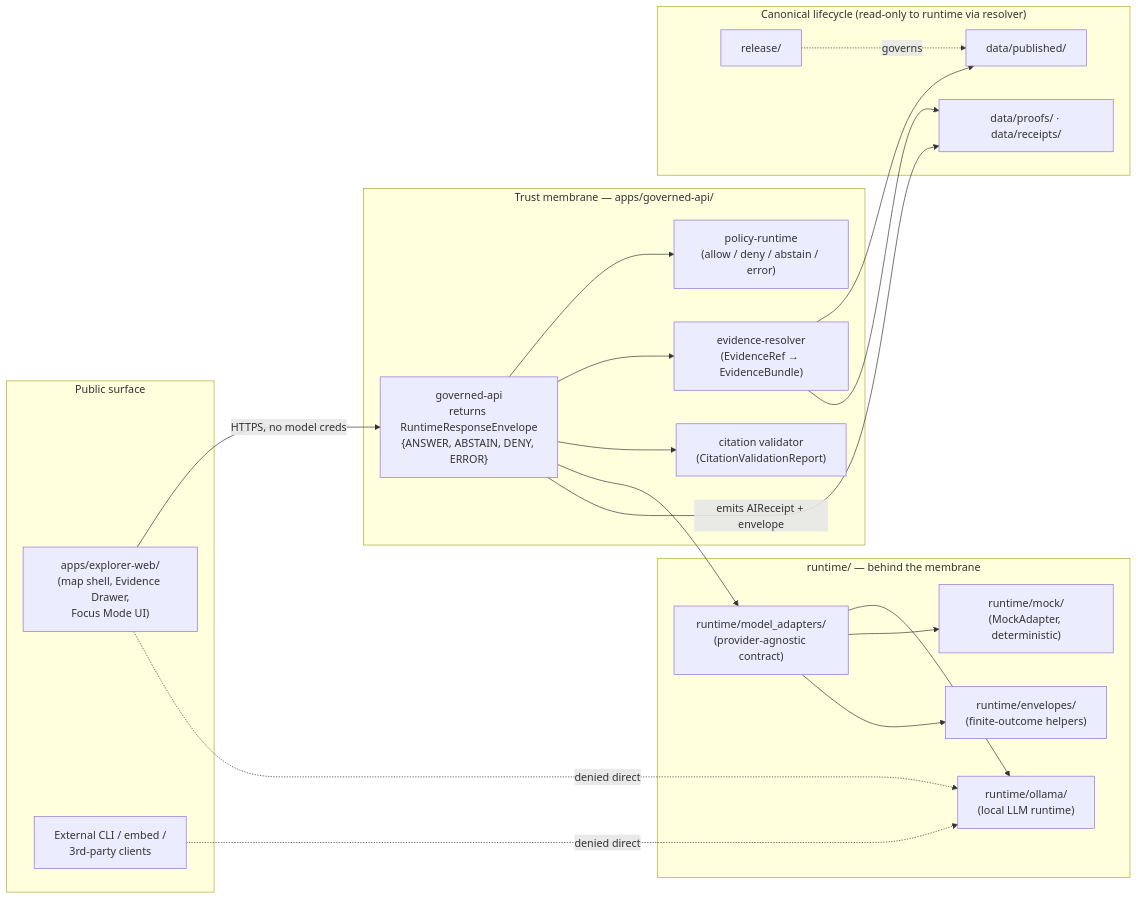
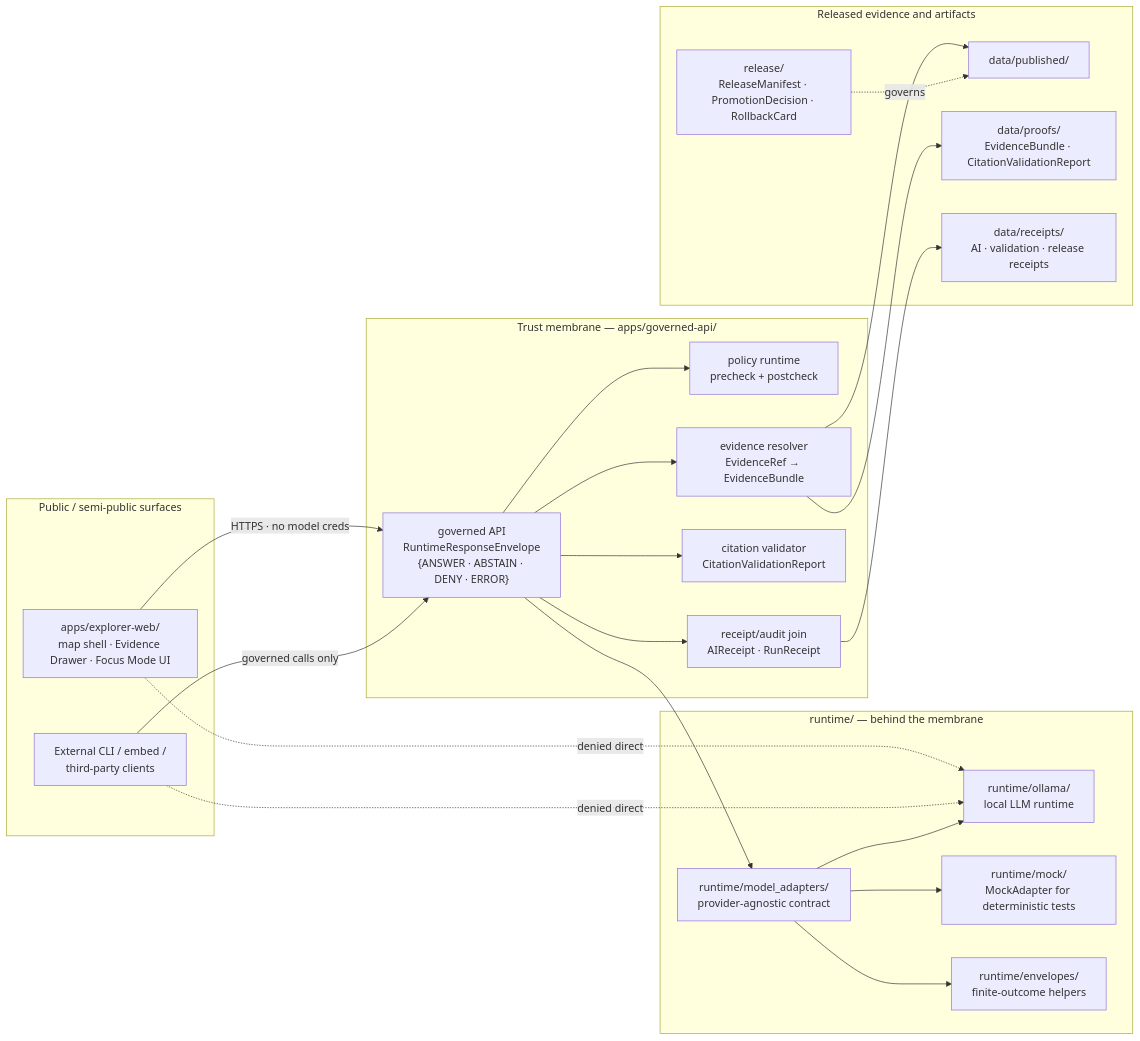
The diagram in docs/adr/ADR-0008-ollama-subordinate-to-governed-api.md (bartytime4life/Kansas-Frontier-Matrix), drawn with Mermaid before and after one commit. The commit also changed other lines of this file, not shown here.

````diff
--- a/docs/adr/ADR-0008-ollama-subordinate-to-governed-api.md
+++ b/docs/adr/ADR-0008-ollama-subordinate-to-governed-api.md
@@ -126,42 +175,49 @@
 ```mermaid
 flowchart LR
-    subgraph PUBLIC["Public surface"]
-      EW["apps/explorer-web/<br/>(map shell, Evidence Drawer,<br/>Focus Mode UI)"]
-      EXT["External CLI / embed /<br/>3rd-party clients"]
+    subgraph PUBLIC["Public / semi-public surfaces"]
+      EW["apps/explorer-web/<br/>map shell · Evidence Drawer · Focus Mode UI"]
+      EXT["External CLI / embed /<br/>third-party clients"]
     end
 
     subgraph MEMBRANE["Trust membrane — apps/governed-api/"]
-      GA["governed-api<br/>returns RuntimeResponseEnvelope<br/>{ANSWER, ABSTAIN, DENY, ERROR}"]
-      POL["policy-runtime<br/>(allow / deny / abstain / error)"]
-      ER["evidence-resolver<br/>(EvidenceRef → EvidenceBundle)"]
-      CV["citation validator<br/>(CitationValidationReport)"]
+      GA["governed API<br/>RuntimeResponseEnvelope<br/>{ANSWER · ABSTAIN · DENY · ERROR}"]
+      POL["policy runtime<br/>precheck + postcheck"]
+      ER["evidence resolver<br/>EvidenceRef → EvidenceBundle"]
+      CV["citation validator<br/>CitationValidationReport"]
+      AUD["receipt/audit join<br/>AIReceipt · RunReceipt"]
     end
 
     subgraph RUNTIME["runtime/ — behind the membrane"]
-      MA["runtime/model_adapters/<br/>(provider-agnostic contract)"]
-      OLL["runtime/ollama/<br/>(local LLM runtime)"]
-      MOCK["runtime/mock/<br/>(MockAdapter, deterministic)"]
-      ENV["runtime/envelopes/<br/>(finite-outcome helpers)"]
+      MA["runtime/model_adapters/<br/>provider-agnostic contract"]
+      OLL["runtime/ollama/<br/>local LLM runtime"]
+      MOCK["runtime/mock/<br/>MockAdapter for deterministic tests"]
+      ENV["runtime/envelopes/<br/>finite-outcome helpers"]
     end
 
-    subgraph DATA["Canonical lifecycle (read-only to runtime via resolver)"]
+    subgraph RELEASED["Released evidence and artifacts"]
       PUB["data/published/"]
-      PRO["data/proofs/ · data/receipts/"]
-      REL["release/"]
+      PROOF["data/proofs/<br/>EvidenceBundle · CitationValidationReport"]
+      RECEIPT["data/receipts/<br/>AI · validation · release receipts"]
+      REL["release/<br/>ReleaseManifest · PromotionDecision · RollbackCard"]
     end
 
-    EW -->|HTTPS, no model creds| GA
-    EXT -.denied direct.-> OLL
-    EW -.denied direct.-> OLL
+    EW -->|HTTPS · no model creds| GA
+    EXT -->|governed calls only| GA
+    EW -. "denied direct" .-> OLL
+    EXT -. "denied direct" .-> OLL
+
     GA --> POL
     GA --> ER
     GA --> CV
     GA --> MA
+    GA --> AUD
+
     MA --> OLL
     MA --> MOCK
     MA --> ENV
+
     ER --> PUB
-    ER --> PRO
-    GA -->|emits AIReceipt + envelope| PRO
-    REL -.governs.-> PUB
+    ER --> PROOF
+    AUD --> RECEIPT
+    REL -. "governs" .-> PUB
 ```
````
